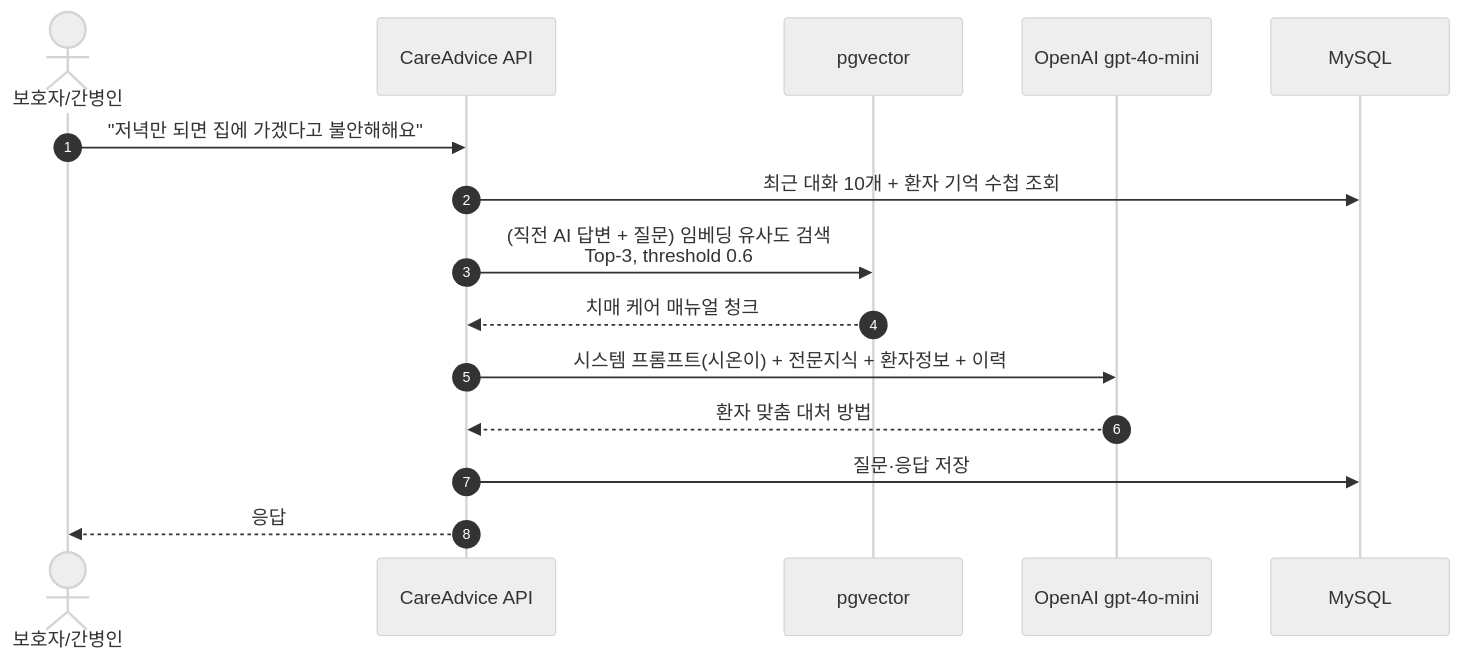
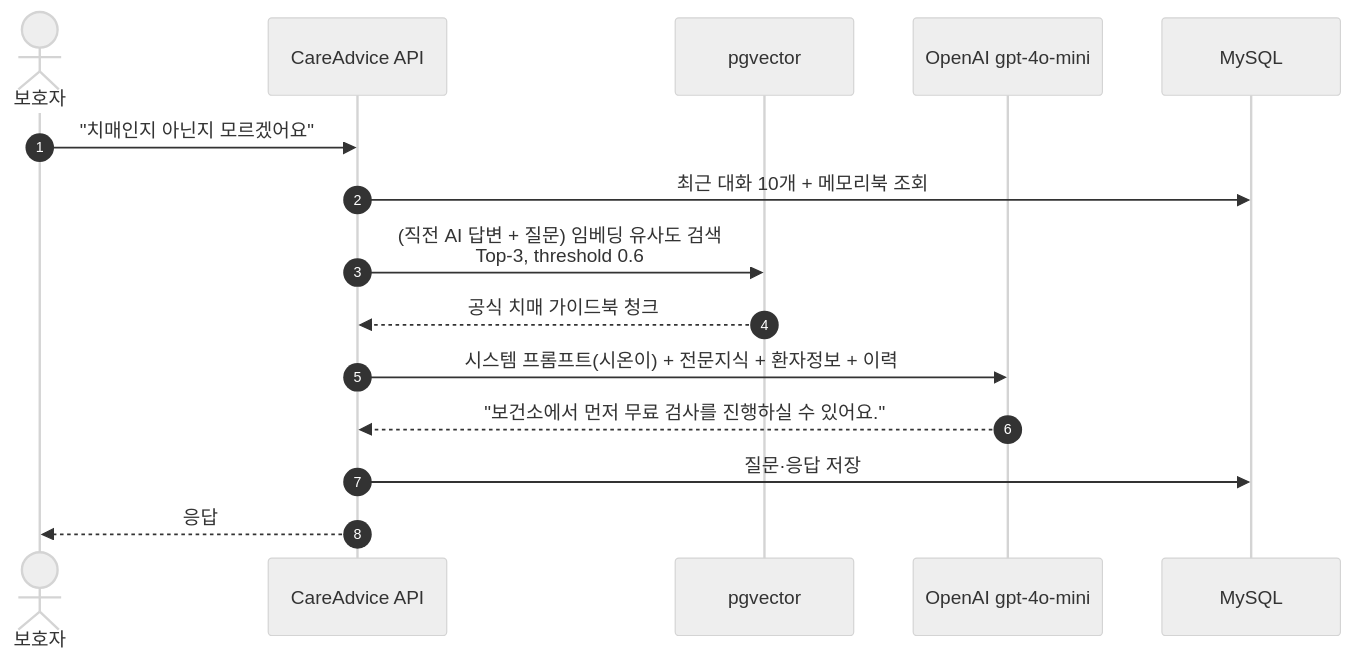
The fifth of 10 diagrams in README.md (kiddo-dong/Sil-On-BackEnd), drawn with Mermaid before and after one commit. The commit also changed other lines of this file and 13 other files, not shown here.

````diff
--- a/README.md
+++ b/README.md
@@ -232,19 +332,19 @@
 ```mermaid
 %%{init: {'theme':'neutral'}}%%
 sequenceDiagram
     autonumber
-    actor U as 보호자/간병인
+    actor U as 보호자
     participant API as CareAdvice API
     participant PG as pgvector
     participant AI as OpenAI gpt-4o-mini
     participant DB as MySQL
 
-    U->>API: "저녁만 되면 집에 가겠다고 불안해해요"
-    API->>DB: 최근 대화 10개 + 환자 기억 수첩 조회
+    U->>API: "치매인지 아닌지 모르겠어요"
+    API->>DB: 최근 대화 10개 + 메모리북 조회
     API->>PG: (직전 AI 답변 + 질문) 임베딩 유사도 검색<br/>Top-3, threshold 0.6
-    PG-->>API: 치매 케어 매뉴얼 청크
+    PG-->>API: 공식 치매 가이드북 청크
     API->>AI: 시스템 프롬프트(시온이) + 전문지식 + 환자정보 + 이력
-    AI-->>API: 환자 맞춤 대처 방법
+    AI-->>API: "보건소에서 먼저 무료 검사를 진행하실 수 있어요."
     API->>DB: 질문·응답 저장
     API-->>U: 응답
 ```
````
